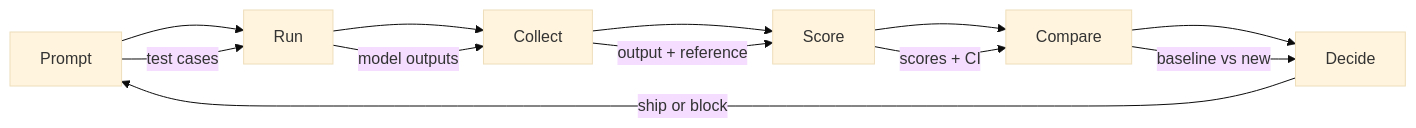
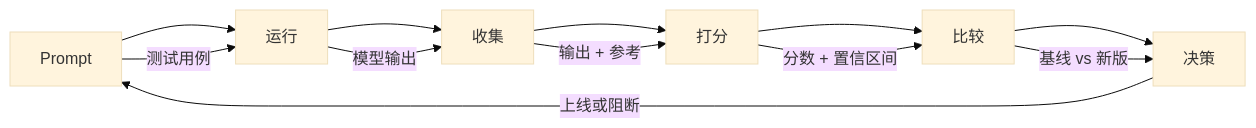
Before and after one commit to alessandrodinisio-ai/ai-engineering-learning-framework: the second of 2 diagrams in phases/11-llm-engineering/10-evaluation/docs/zh.md, drawn with Mermaid (base theme). The commit also changed other lines of this file and 120 other files, not shown here.

First line of the commit message:
i18n(mermaid): 337 个 mermaid 图表标签中文化

````diff
--- a/phases/11-llm-engineering/10-evaluation/docs/zh.md
+++ b/phases/11-llm-engineering/10-evaluation/docs/zh.md
@@ -114,15 +114,15 @@
 ```mermaid
 flowchart LR
-    P[Prompt] --> R[Run]
-    R --> C[Collect]
-    C --> S[Score]
-    S --> CM[Compare]
-    CM --> D[Decide]
+    P[Prompt] --> R[运行]
+    R --> C[收集]
+    C --> S[打分]
+    S --> CM[比较]
+    CM --> D[决策]
 
-    P -->|test cases| R
-    R -->|model outputs| C
-    C -->|output + reference| S
-    S -->|scores + CI| CM
-    CM -->|baseline vs new| D
-    D -->|ship or block| P
+    P -->|测试用例| R
+    R -->|模型输出| C
+    C -->|输出 + 参考| S
+    S -->|分数 + 置信区间| CM
+    CM -->|基线 vs 新版| D
+    D -->|上线或阻断| P
 ```
````
